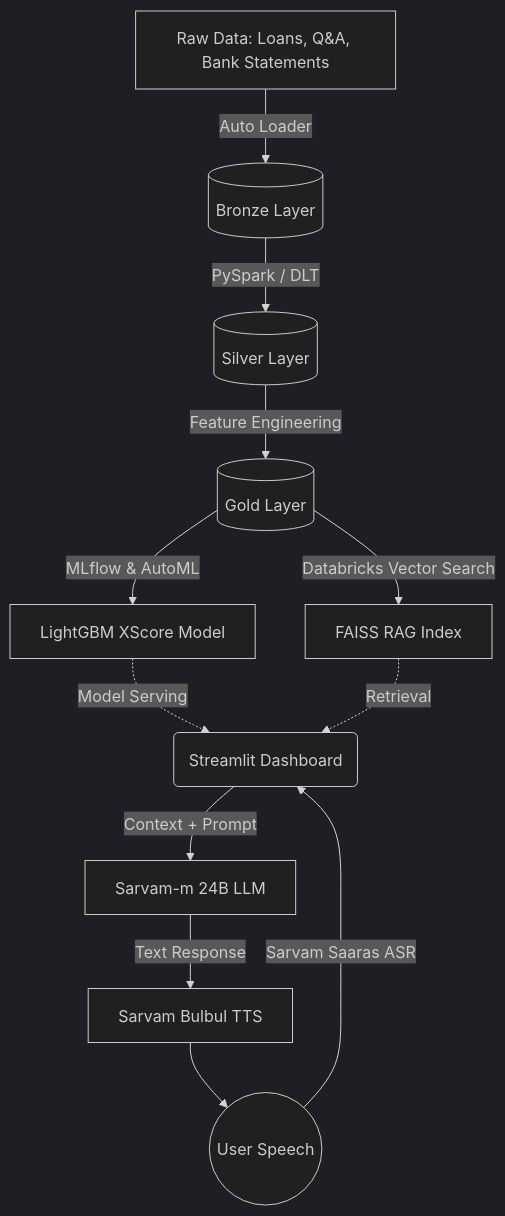
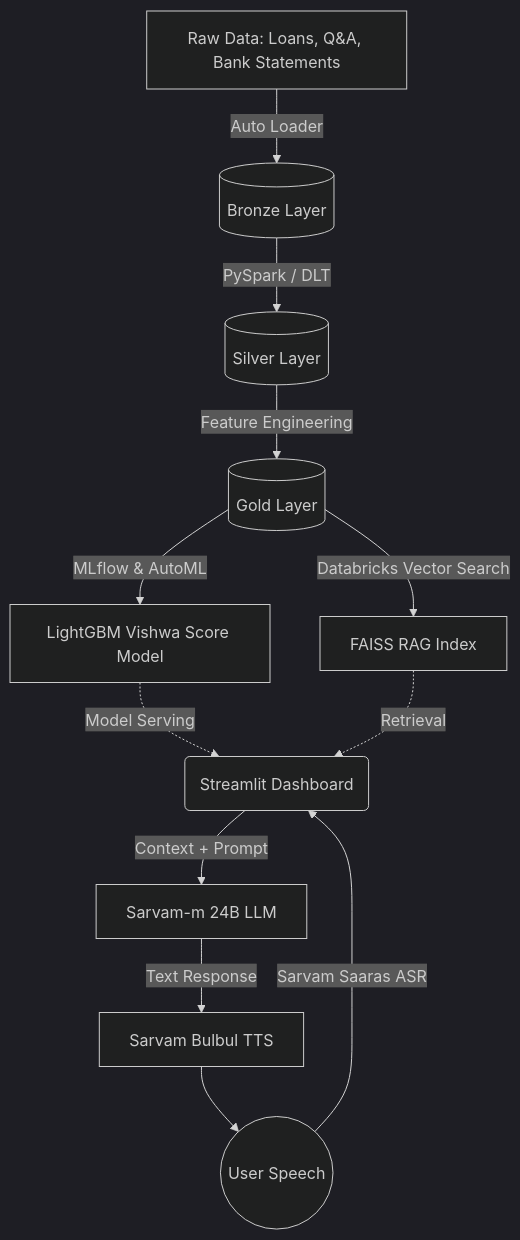
Before and after one commit to aryamanbhati/vishwa-score: the diagram in README.md, drawn with Mermaid (dark theme). The commit also changed other lines of this file, not shown here.

Commit message:
Rename ArthaSetu to Vishwa Score in README

````diff
--- a/README.md
+++ b/README.md
@@ -13,23 +13,23 @@
 ```mermaid
 graph TD
     %% Data Ingestion
     A[Raw Data: Loans, Q&A, Bank Statements] -->|Auto Loader| B[(Bronze Layer)]
     
     %% Processing
     B -->|PySpark / DLT| C[(Silver Layer)]
     C -->|Feature Engineering| D[(Gold Layer)]
     
     %% ML & Search
-    D -->|MLflow & AutoML| E[LightGBM XScore Model]
+    D -->|MLflow & AutoML| E[LightGBM Vishwa Score Model]
     D -->|Databricks Vector Search| F[FAISS RAG Index]
     
     %% Application Layer
     E -.->|Model Serving| G(Streamlit Dashboard)
     F -.->|Retrieval| G
     
     %% User Interaction
     U((User Speech)) -->|Sarvam Saaras ASR| G
     G -->|Context + Prompt| H[Sarvam-m 24B LLM]
     H -->|Text Response| I[Sarvam Bulbul TTS]
     I --> U
 ```
````
